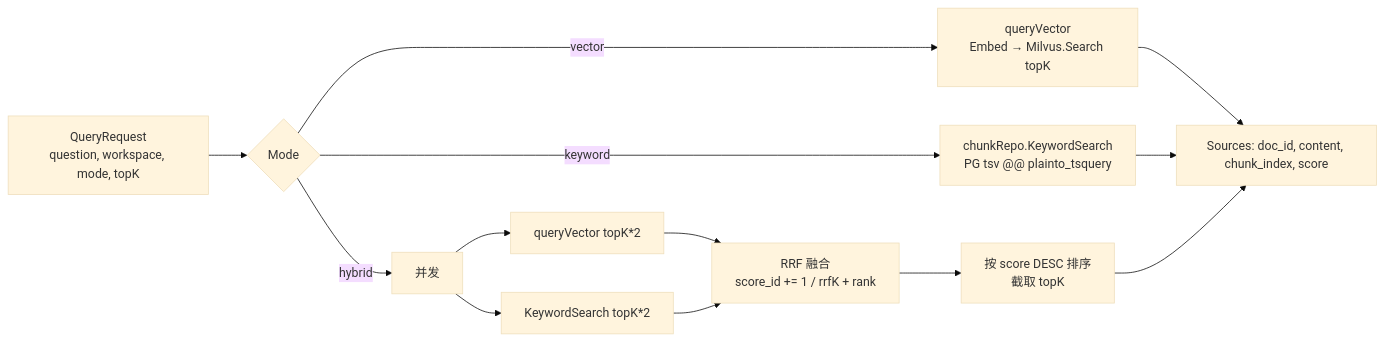
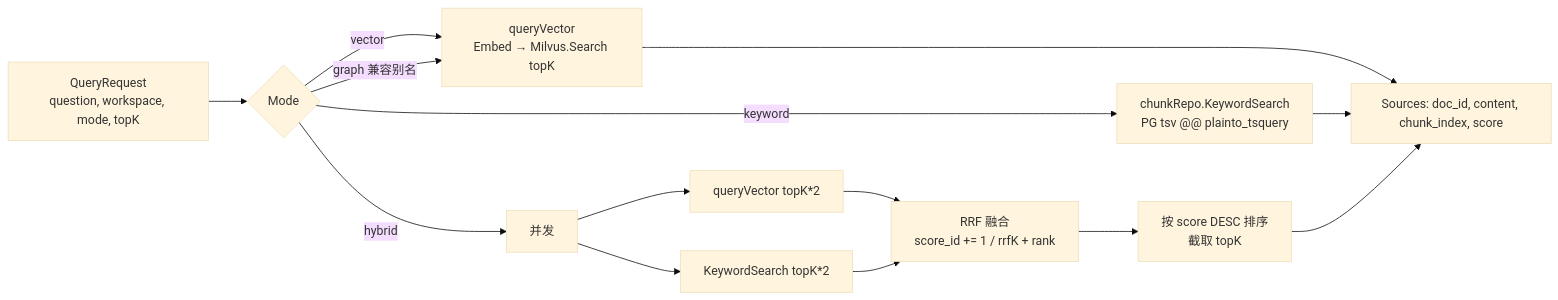
The third of 3 diagrams in docs/agent/knowledge-workspace.md (ArchChuan/Stratum), drawn with Mermaid (base theme) before and after one commit. The commit also changed other lines of this file and 13 other files, not shown here.

````diff
--- a/docs/agent/knowledge-workspace.md
+++ b/docs/agent/knowledge-workspace.md
@@ -443,15 +441,16 @@
 ```mermaid
 flowchart LR
     Q[QueryRequest<br/>question, workspace, mode, topK] --> R{Mode}
     R -->|vector| V[queryVector<br/>Embed → Milvus.Search topK]
+    R -->|graph 兼容别名| V
     R -->|keyword| K[chunkRepo.KeywordSearch<br/>PG tsv @@ plainto_tsquery]
     R -->|hybrid| H1[并发]
     H1 --> V2[queryVector topK*2]
     H1 --> K2[KeywordSearch topK*2]
     V2 --> RRF[RRF 融合<br/>score_id += 1 / rrfK + rank]
     K2 --> RRF
     RRF --> SORT[按 score DESC 排序<br/>截取 topK]
     V --> RESP[Sources: doc_id, content, chunk_index, score]
     K --> RESP
     SORT --> RESP
 ```
````
